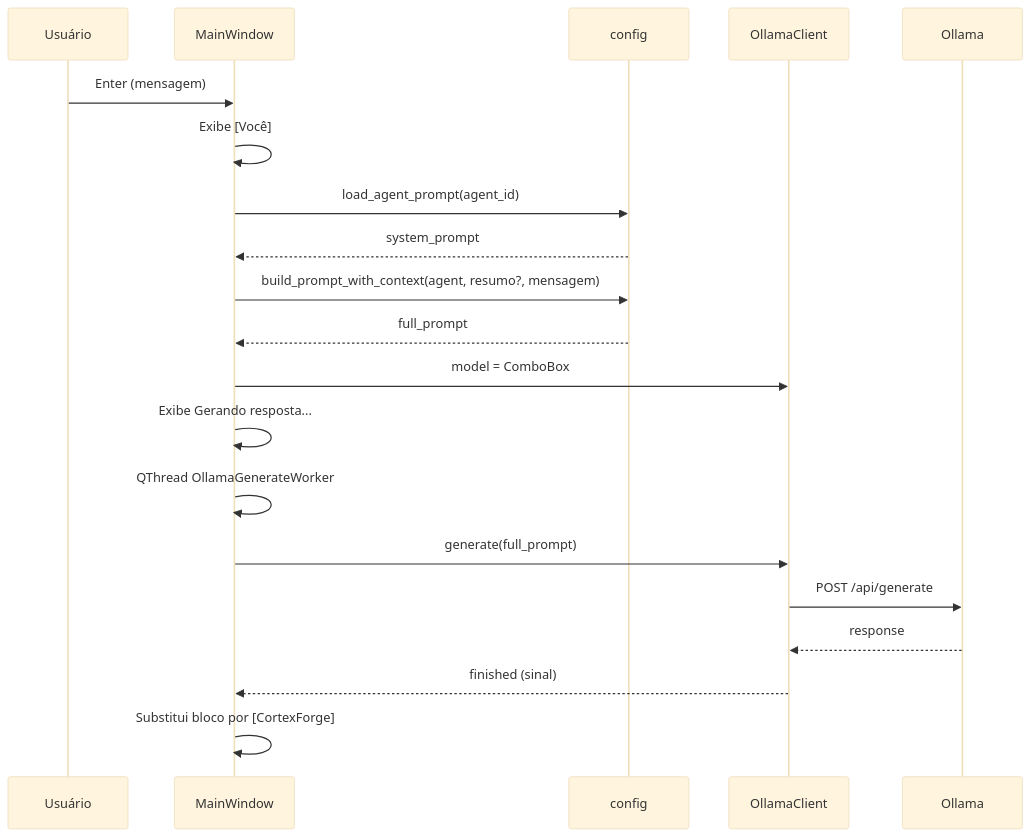
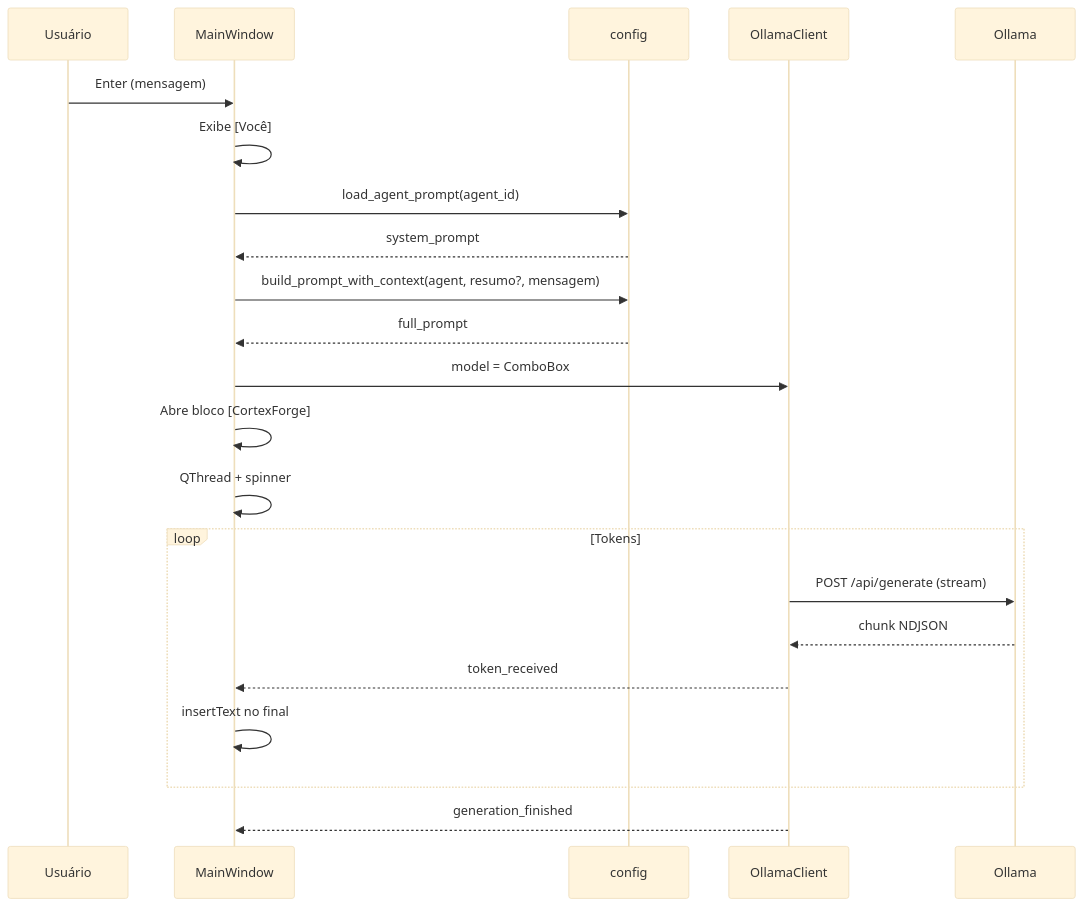
Before and after one commit to nilknarfsam/CortexForge: the diagram in docs/ARCHITECTURE.md, drawn with Mermaid (base theme). The commit also changed other lines of this file and 6 other files, not shown here.

````diff
--- a/docs/ARCHITECTURE.md
+++ b/docs/ARCHITECTURE.md
@@ -109,23 +116,25 @@
 ```mermaid
 sequenceDiagram
     participant U as Usuário
     participant MW as MainWindow
     participant CFG as config
     participant OC as OllamaClient
     participant OL as Ollama
 
     U->>MW: Enter (mensagem)
     MW->>MW: Exibe [Você]
     MW->>CFG: load_agent_prompt(agent_id)
     CFG-->>MW: system_prompt
     MW->>CFG: build_prompt_with_context(agent, resumo?, mensagem)
     CFG-->>MW: full_prompt
     MW->>OC: model = ComboBox
-    MW->>MW: Exibe Gerando resposta...
-    MW->>MW: QThread OllamaGenerateWorker
-    MW->>OC: generate(full_prompt)
-    OC->>OL: POST /api/generate
-    OL-->>OC: response
-    OC-->>MW: finished (sinal)
-    MW->>MW: Substitui bloco por [CortexForge]
+    MW->>MW: Abre bloco [CortexForge]
+    MW->>MW: QThread + spinner
+    loop Tokens
+        OC->>OL: POST /api/generate (stream)
+        OL-->>OC: chunk NDJSON
+        OC-->>MW: token_received
+        MW->>MW: insertText no final
+    end
+    OC-->>MW: generation_finished
 ```
````
